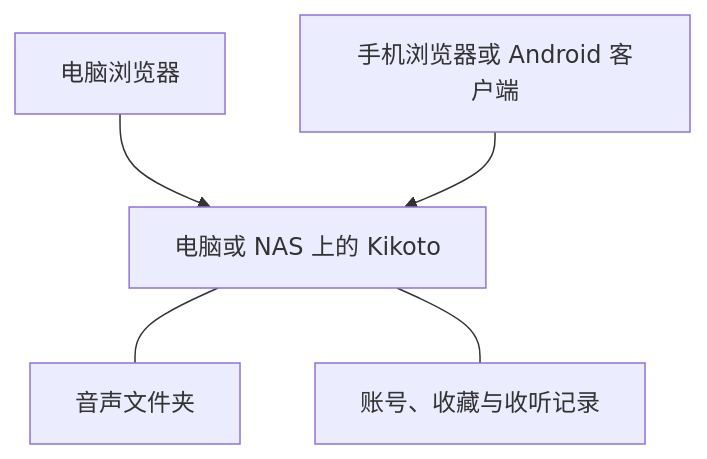
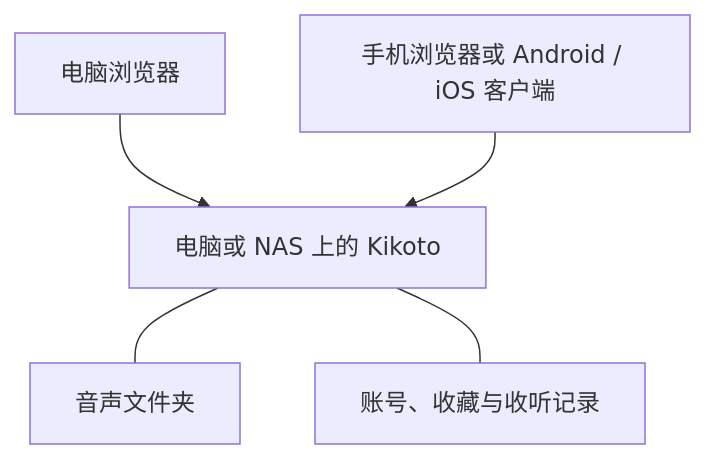
One commit to yexca/blog changed the second of 2 diagrams in content/zh-cn/posts/2026/2026-10-08 Kikoto.md. Above: the diagram before and after it, drawn with Mermaid. The commit also changed other lines of this file, not shown here.

````diff
--- a/content/zh-cn/posts/2026/2026-10-08 Kikoto.md
+++ b/content/zh-cn/posts/2026/2026-10-08 Kikoto.md
@@ -85,7 +100,7 @@
 ```mermaid
 flowchart TB
     A["电脑浏览器"] --> C["电脑或 NAS 上的 Kikoto"]
-    B["手机浏览器或 Android 客户端"] --> C
+    B["手机浏览器或 Android / iOS 客户端"] --> C
     C --- D["音声文件夹"]
     C --- E["账号、收藏与收听记录"]
 ```
````
